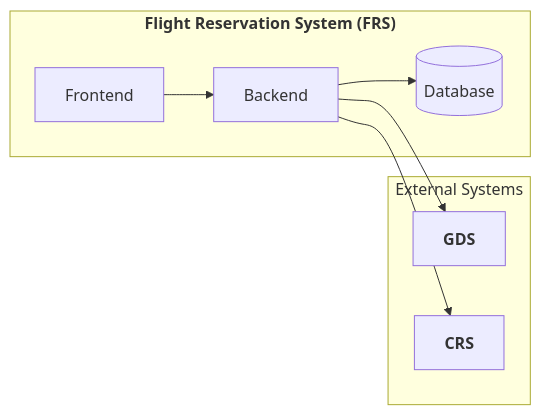
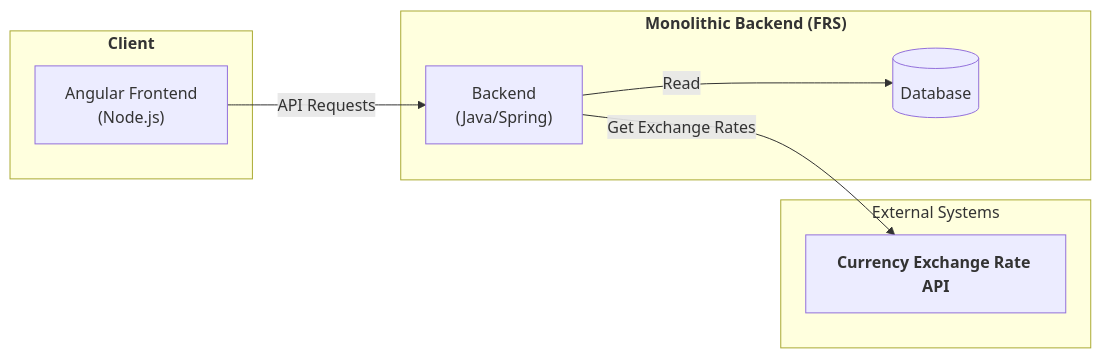
One commit to ArkCase/atdd-flight-reserve changed the diagram in docs/system-structure.md. Above: the diagram before and after it, drawn with Mermaid. The commit also changed other lines of this file, not shown here.

````diff
--- a/docs/system-structure.md
+++ b/docs/system-structure.md
@@ -13,18 +11,16 @@
 ```mermaid
----
-config:
-  layout: fixed
----
 flowchart LR
- subgraph Monolith["<b>Flight Reservation System (FRS)</b>"]
-        FE["Frontend"]
-        BE["Backend"]
+ subgraph Client["<b>Client</b>"]
+        FE["Angular Frontend<br/>(Node.js)"]
+  end
+ subgraph Monolith["<b>Monolithic Backend (FRS)</b>"]
+        BE["Backend<br/>(Java/Spring)"]
         DB[("Database")]
   end
  subgraph subGraph1["External Systems"]
-        GDS["<b>GDS</b>"]
-        CRS["<b>CRS</b>"]
+        CurrencyAPI["<b>Currency Exchange Rate API</b>"]
   end
-    FE --> BE
-    BE --> DB & GDS & CRS
+    FE -->|"API Requests"| BE
+    BE -->|"Read"| DB
+    BE -->|"Get Exchange Rates"| CurrencyAPI
 ```
````
